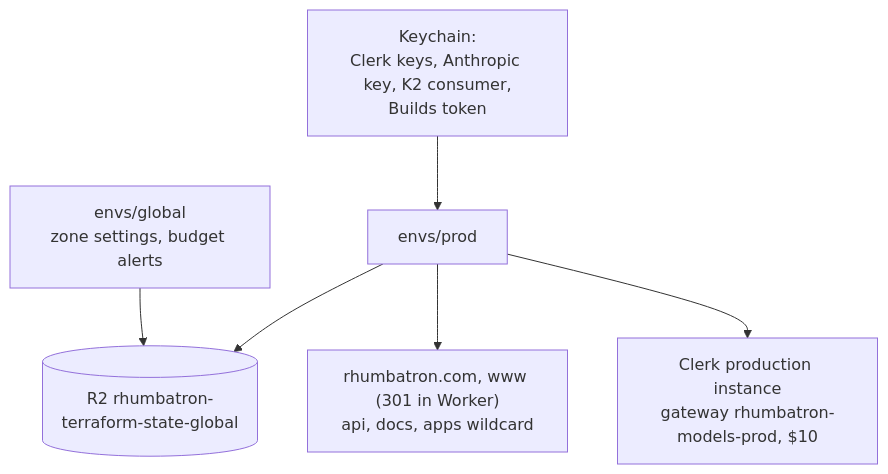
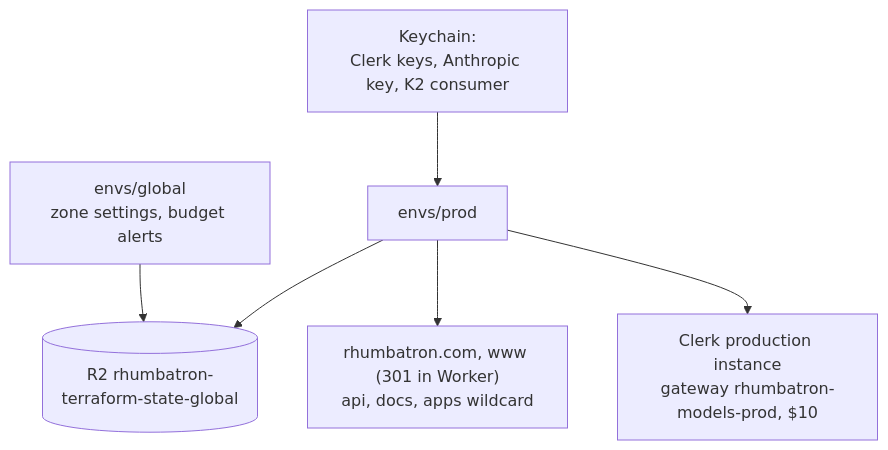
Before and after one commit to nsudhanva/rhumbatron: the diagram in docs/adr/0017-prod-environment.md, drawn with Mermaid. The commit also changed other lines of this file and 16 other files, not shown here.

````diff
--- a/docs/adr/0017-prod-environment.md
+++ b/docs/adr/0017-prod-environment.md
@@ -117,9 +113,9 @@
 ```mermaid
 flowchart TB
   S[("R2 rhumbatron-terraform-state-global")]
   G["envs/global<br/>zone settings, budget alerts"] --> S
   P["envs/prod"] --> S
-  K["Keychain:<br/>Clerk keys, Anthropic key, K2 consumer,<br/>Builds token"] --> P
+  K["Keychain:<br/>Clerk keys, Anthropic key, K2 consumer"] --> P
   P --> H["rhumbatron.com, www (301 in Worker)<br/>api, docs, apps wildcard"]
   P --> C["Clerk production instance<br/>gateway rhumbatron-models-prod, $10"]
 ```
````
